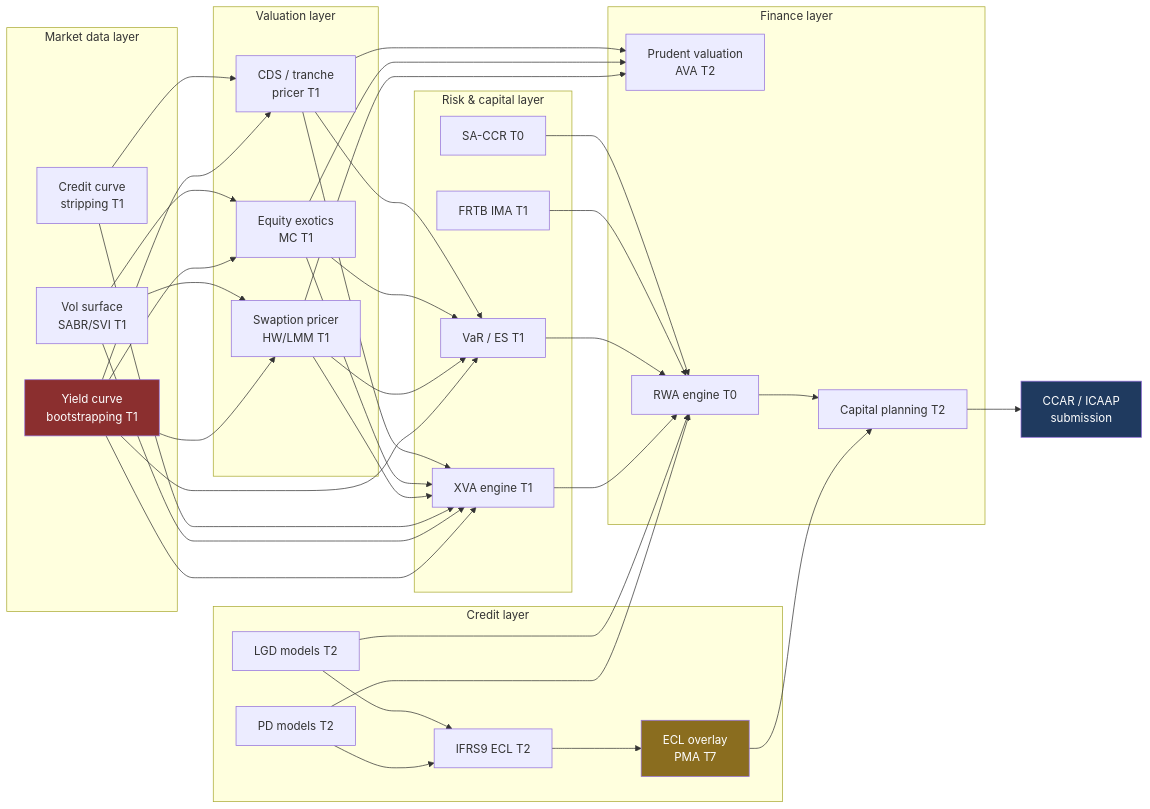
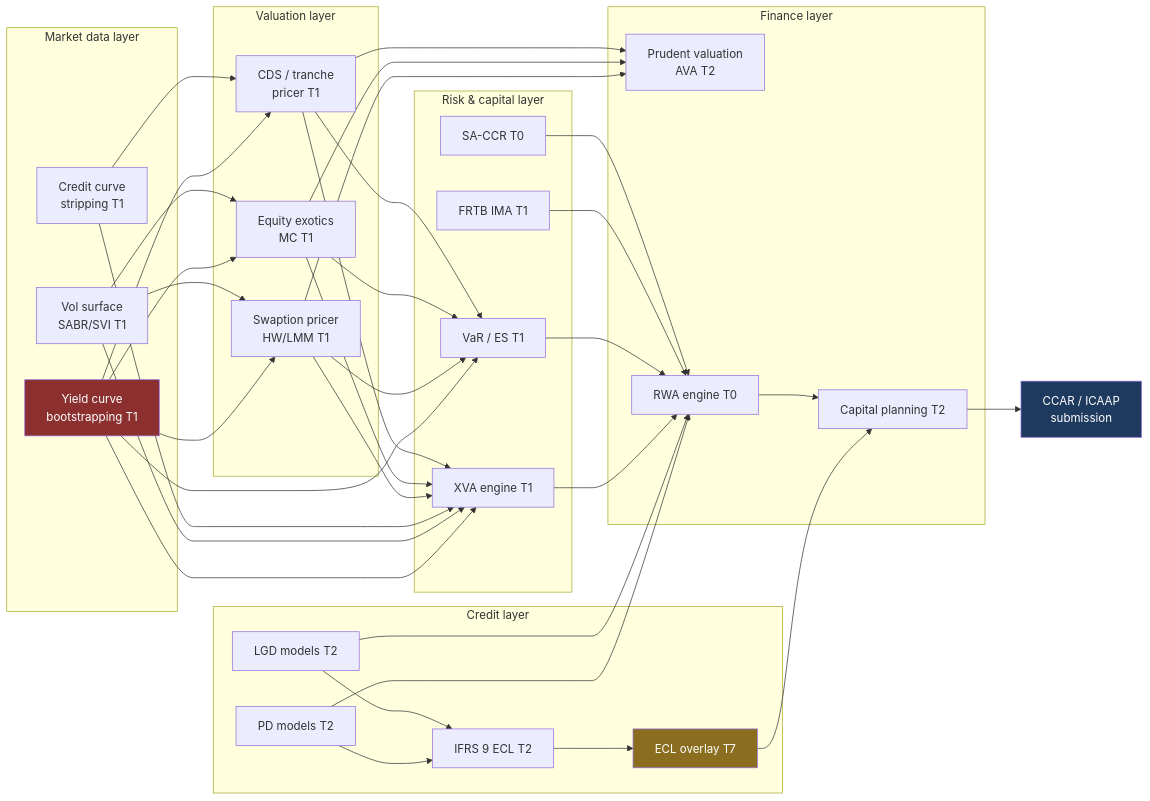
One commit to ajsinha/maya changed the second of 2 diagrams in docs/02-model-taxonomy.md. Above: the diagram before and after it, drawn with Mermaid. The commit also changed other lines of this file and 37 other files, not shown here.

````diff
--- a/docs/02-model-taxonomy.md
+++ b/docs/02-model-taxonomy.md
@@ -432,46 +627,46 @@
 ```mermaid
 flowchart LR
     subgraph MD["Market data layer"]
         YC["Yield curve<br/>bootstrapping T1"]
         VS["Vol surface<br/>SABR/SVI T1"]
         CC["Credit curve<br/>stripping T1"]
     end
     subgraph VAL["Valuation layer"]
         SW["Swaption pricer<br/>HW/LMM T1"]
         EQ["Equity exotics<br/>MC T1"]
         CDS["CDS / tranche<br/>pricer T1"]
     end
     subgraph RISK["Risk & capital layer"]
         XVA["XVA engine T1"]
         VAR["VaR / ES T1"]
         SACCR["SA-CCR T0"]
         FRTB["FRTB IMA T1"]
     end
     subgraph FIN["Finance layer"]
         PV["Prudent valuation<br/>AVA T2"]
         RWA["RWA engine T0"]
         CAP["Capital planning T2"]
     end
     subgraph CR["Credit layer"]
         PD["PD models T2"]
         LGD["LGD models T2"]
-        ECL["IFRS9 ECL T2"]
-        OVL["ECL overlay<br/>PMA T7"]
+        ECL["IFRS 9 ECL T2"]
+        OVL["ECL overlay T7"]
     end
 
     YC --> SW & EQ & CDS & XVA & VAR
     VS --> SW & EQ & XVA
     CC --> CDS & XVA
     SW & EQ & CDS --> VAR & XVA & PV
     XVA --> RWA
     VAR & FRTB --> RWA
     SACCR --> RWA
     PD & LGD --> ECL & RWA
     ECL --> OVL --> CAP
     RWA --> CAP
     CAP --> ST["CCAR / ICAAP<br/>submission"]
 
     style YC fill:#8b2f2f,color:#fff
     style OVL fill:#8a6d1f,color:#fff
     style ST fill:#1f3a5f,color:#fff
 ```
````
